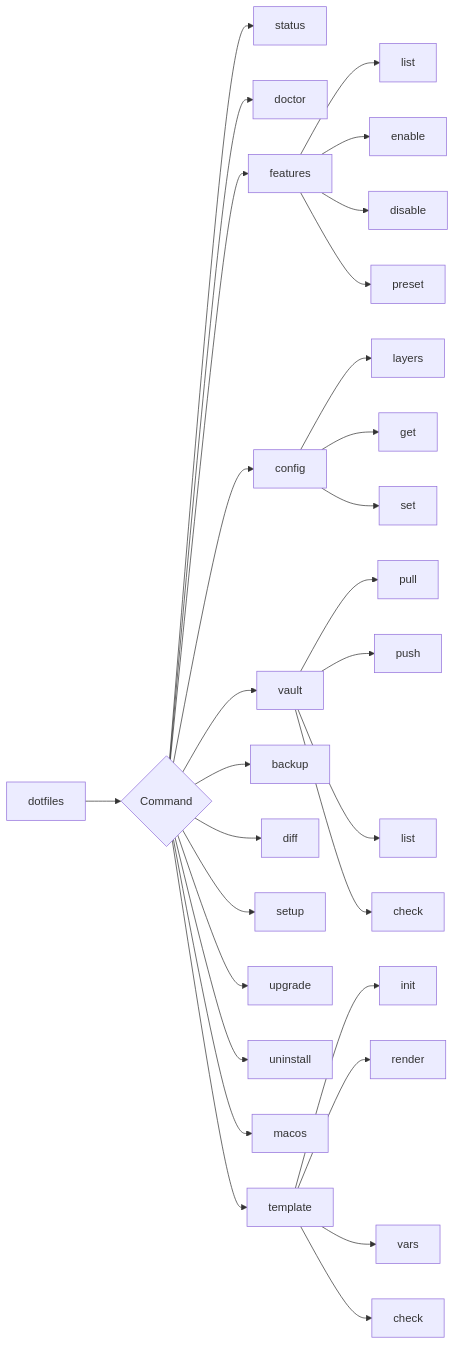
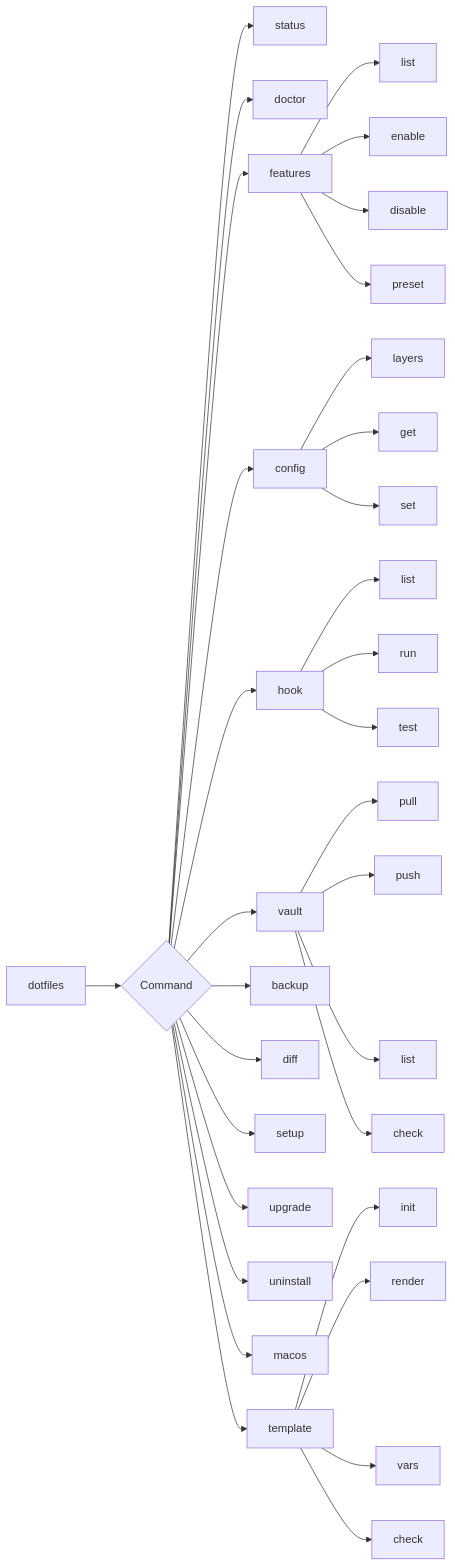
Before and after one commit to blackwell-systems/blackdot: the third of 10 diagrams in docs/architecture.md, drawn with Mermaid. The commit also changed other lines of this file and 2 other files, not shown here.

First line of the commit message:
docs: Integrate Hook System into core documentation

````diff
--- a/docs/architecture.md
+++ b/docs/architecture.md
@@ -236,35 +240,40 @@
 ```mermaid
 graph LR
     A[dotfiles] --> B{Command}
     B --> C[status]
     B --> D[doctor]
     B --> M[features]
     B --> N[config]
+    B --> O[hook]
     B --> E[vault]
     B --> F[backup]
     B --> G[diff]
     B --> H[setup]
     B --> I[upgrade]
     B --> J[uninstall]
     B --> K[macos]
     B --> L[template]
 
     M --> M1[list]
     M --> M2[enable]
     M --> M3[disable]
     M --> M4[preset]
 
     N --> N1[layers]
     N --> N2[get]
     N --> N3[set]
 
+    O --> O1[list]
+    O --> O2[run]
+    O --> O3[test]
+
     E --> E1[pull]
     E --> E2[push]
     E --> E3[list]
     E --> E4[check]
 
     L --> L1[init]
     L --> L2[render]
     L --> L3[vars]
     L --> L4[check]
 ```
````
